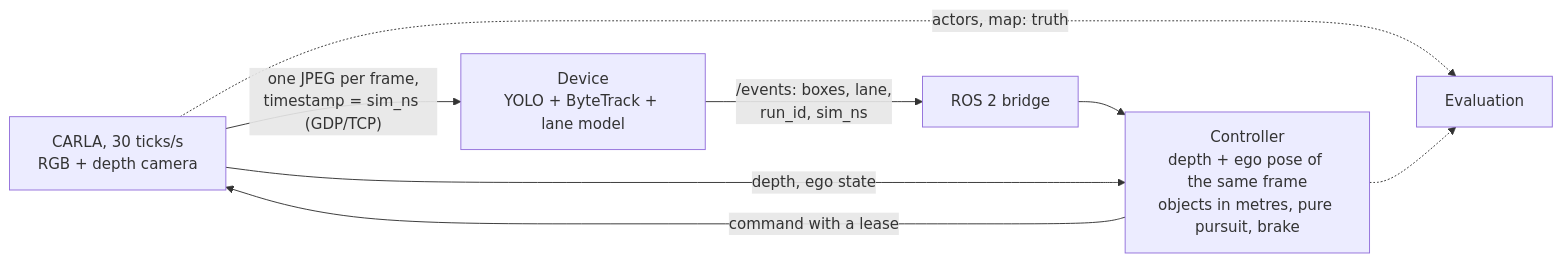
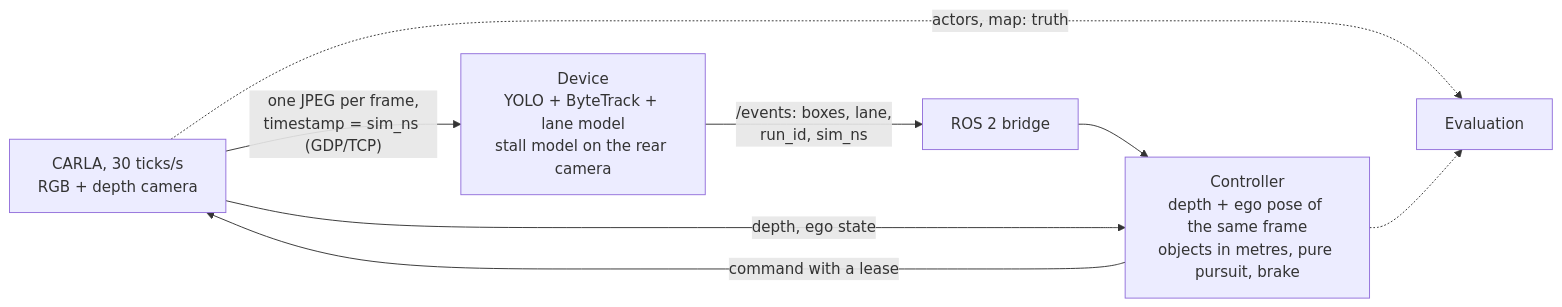
The third of 3 diagrams in README.md (lehunghieu1503/cpp-realtime-video-analytics), drawn with Mermaid before and after one commit. The commit also changed other lines of this file and 1 other file, not shown here.

First line of the commit message:
docs: the park show, found by the rear camera, as built and as measured

````diff
--- a/README.md
+++ b/README.md
@@ -683,10 +683,10 @@
 ```mermaid
 flowchart LR
-    carla["CARLA, 30 ticks/s<br/>RGB + depth camera"] -->|"one JPEG per frame,<br/>timestamp = sim_ns (GDP/TCP)"| device["Device<br/>YOLO + ByteTrack + lane model"]
+    carla["CARLA, 30 ticks/s<br/>RGB + depth camera"] -->|"one JPEG per frame,<br/>timestamp = sim_ns (GDP/TCP)"| device["Device<br/>YOLO + ByteTrack + lane model<br/>stall model on the rear camera"]
     device -->|"/events: boxes, lane,<br/>run_id, sim_ns"| bridge["ROS 2 bridge"]
     bridge --> controller["Controller<br/>depth + ego pose of the same frame<br/>objects in metres, pure pursuit, brake"]
     carla -->|"depth, ego state"| controller
     controller -->|"command with a lease"| carla
     carla -.->|"actors, map: truth"| eval["Evaluation"]
     controller -.-> eval
 ```
````
